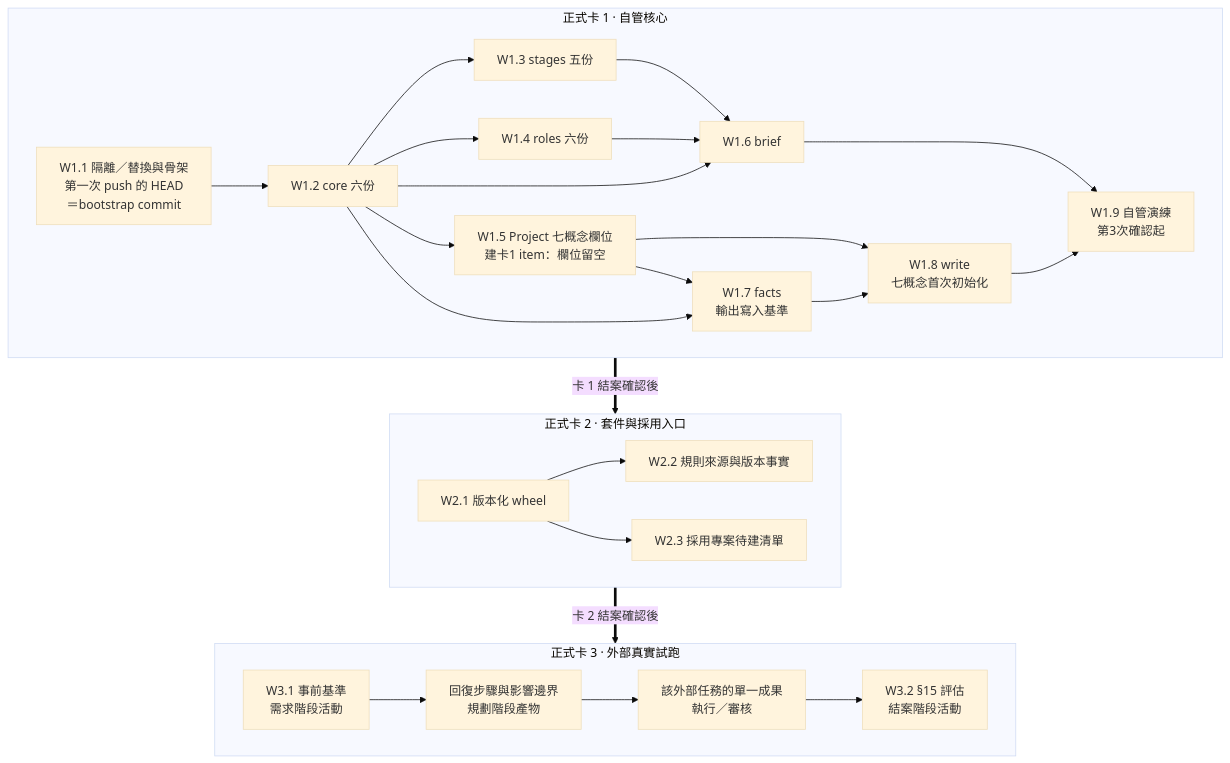
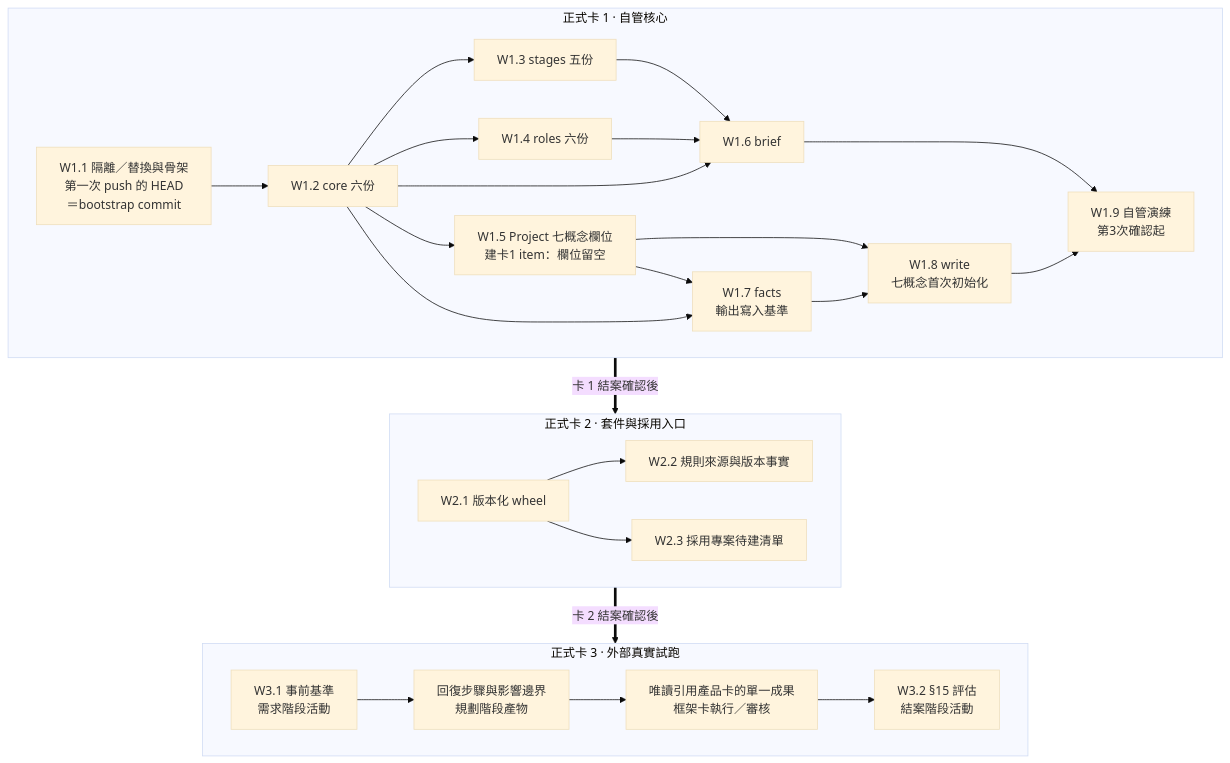
One commit to ruan6047/ai-workflow changed the diagram in docs/research/VNEXT-PLAN-2026-09-21.md. Above: the diagram before and after it, drawn with Mermaid (base theme). The commit also changed other lines of this file, not shown here.

````diff
--- a/docs/research/VNEXT-PLAN-2026-09-21.md
+++ b/docs/research/VNEXT-PLAN-2026-09-21.md
@@ -287,32 +287,32 @@
 ```mermaid
 graph TB
   subgraph C1[正式卡 1 · 自管核心]
     direction LR
     W11[W1.1 隔離／替換與骨架<br/>第一次 push 的 HEAD<br/>＝bootstrap commit] --> W12[W1.2 core 六份]
     W12 --> W13[W1.3 stages 五份]
     W12 --> W14[W1.4 roles 六份]
     W12 --> W15[W1.5 Project 七概念欄位<br/>建卡1 item：欄位留空]
     W13 --> W16[W1.6 brief]
     W14 --> W16
     W12 --> W16
     W15 --> W17[W1.7 facts<br/>輸出寫入基準]
     W12 --> W17
     W15 --> W18[W1.8 write<br/>七概念首次初始化]
     W17 --> W18
     W16 --> W19[W1.9 自管演練<br/>第3次確認起]
     W18 --> W19
   end
   subgraph C2[正式卡 2 · 套件與採用入口]
     direction LR
     W21[W2.1 版本化 wheel] --> W22[W2.2 規則來源與版本事實]
     W21 --> W23[W2.3 採用專案待建清單]
   end
   subgraph C3[正式卡 3 · 外部真實試跑]
     direction LR
     W31[W3.1 事前基準<br/>需求階段活動] --> PL[回復步驟與影響邊界<br/>規劃階段產物]
-    PL --> EX[該外部任務的單一成果<br/>執行／審核]
+    PL --> EX[唯讀引用產品卡的單一成果<br/>框架卡執行／審核]
     EX --> W32[W3.2 §15 評估<br/>結案階段活動]
   end
   C1 ==>|卡 1 結案確認後| C2
   C2 ==>|卡 2 結案確認後| C3
 ```
````
